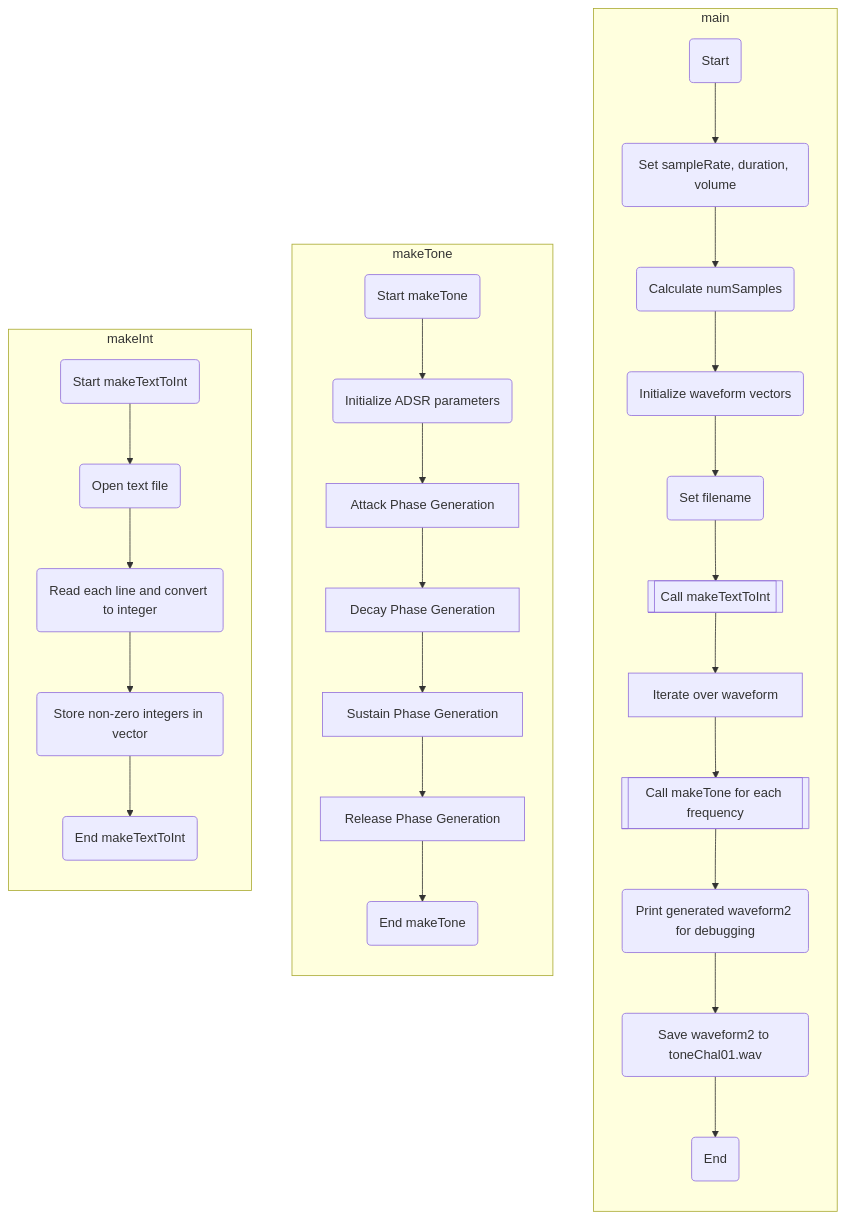
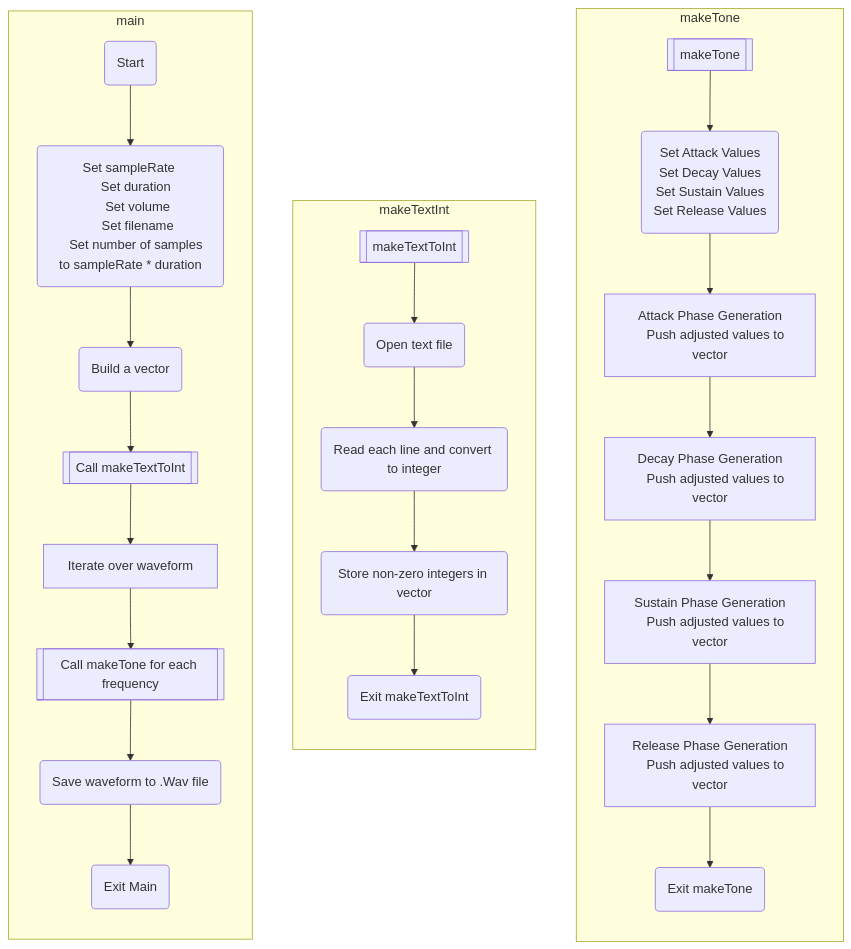
One commit to brolonium210/ENGR101_MD changed the diagram in gptversionchall.md. Above: the diagram before and after it, drawn with Mermaid.

````diff
--- a/gptversionchall.md
+++ b/gptversionchall.md
@@ -1,38 +1,45 @@
 ```mermaid
 graph
-direction LR
+
+subgraph makeTone
+direction TB
+    BA[[makeTone]] --> BB("Set Attack Values
+    Set Decay Values
+    Set Sustain Values
+    Set Release Values")
+    BB --> BC["Attack Phase Generation
+    Push adjusted values to vector"]
+    BC --> BD["Decay Phase Generation
+    Push adjusted values to vector"]
+    BD --> BE["Sustain Phase Generation
+    Push adjusted values to vector"]
+    BE --> BF["Release Phase Generation
+    Push adjusted values to vector"]
+    BF --> BG(Exit makeTone)
+end
+
+subgraph makeTextInt
+direction TB
+    CA[[makeTextToInt]] --> CB(Open text file)
+    CB --> CC(Read each line and convert to integer)
+    CC --> CD(Store non-zero integers in vector)
+    CD --> CE(Exit makeTextToInt)
+end
+
 subgraph main
   direction TB;
-    A(Start) --> B(Set sampleRate, duration, volume)
-    B --> C(Calculate numSamples)
-    C --> D(Initialize waveform vectors)
-    D --> E(Set filename)
-    E --> F[[Call makeTextToInt]]
+    A(Start) --> B("Set sampleRate 
+    Set duration 
+    Set volume
+    Set filename
+    Set number of samples to sampleRate * duration")
+    B --> D(Build a vector)
+    D --> F[[Call makeTextToInt]]
     F --> G[Iterate over waveform]
     G --> H[[Call makeTone for each frequency]]
-    H --> I(Print generated waveform2 for debugging)
-    I --> J(Save waveform2 to toneChal01.wav)
-    J --> K(End)
-end
-subgraph makeTone
-direction TB
-    BA(Start makeTone) --> BB(Initialize ADSR parameters)
-    BB --> BC[Attack Phase Generation]
-    BC --> BD[Decay Phase Generation]
-    BD --> BE[Sustain Phase Generation]
-    BE --> BF[Release Phase Generation]
-    BF --> BG(End makeTone)
-end
-
-subgraph makeInt
-direction TB
-    CA(Start makeTextToInt) --> CB(Open text file)
-    CB --> CC(Read each line and convert to integer)
-    CC --> CD(Store non-zero integers in vector)
-    CD --> CE(End makeTextToInt)
+    H --> J("Save waveform to .Wav file")
+    J --> K(Exit Main)
 end
 
 
-
-
 ```
````
